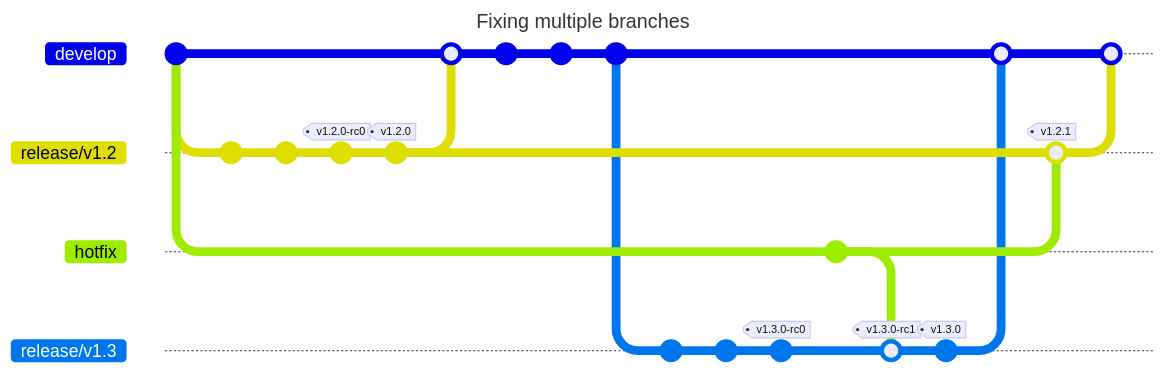
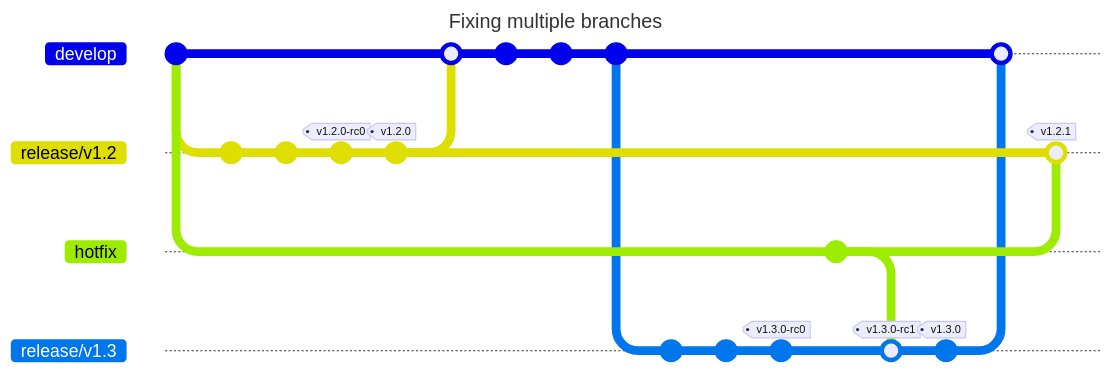
One commit to bitwizeshift/alloy-rs changed the second of 2 diagrams in docs/src/development/branch-strategy.md. Above: the diagram before and after it, drawn with Mermaid. Commit ids are hidden.

Commit message:
🩹 Fix release diagram
The diagram has one incorrect merge specified, which needs correction.

````diff
--- a/docs/src/development/branch-strategy.md
+++ b/docs/src/development/branch-strategy.md
@@ -81,39 +81,37 @@
 ```mermaid
 ---
 title: Fixing multiple branches
 ---
 %%{init: { 'gitGraph': {'mainBranchName': 'develop'}} }%%
 gitGraph
   checkout develop
   commit
   branch release/v1.2
   branch hotfix
   checkout release/v1.2
   commit
   commit
   commit tag: "v1.2.0-rc0"
   checkout develop
   checkout release/v1.2
   commit tag: "v1.2.0"
   checkout develop
   merge release/v1.2
   commit
   commit
   commit
   branch release/v1.3
   commit
   commit
   commit tag: "v1.3.0-rc0"
   checkout hotfix
   commit
   checkout release/v1.3
   merge hotfix tag: "v1.3.0-rc1"
   commit tag: "v1.3.0"
   checkout develop
   merge release/v1.3
   checkout hotfix
   checkout release/v1.2
   merge hotfix tag: "v1.2.1"
-  checkout develop
-  merge release/v1.2
 ```
````
